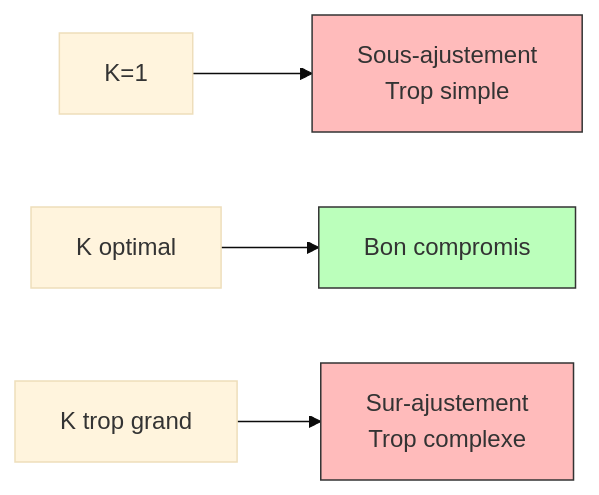
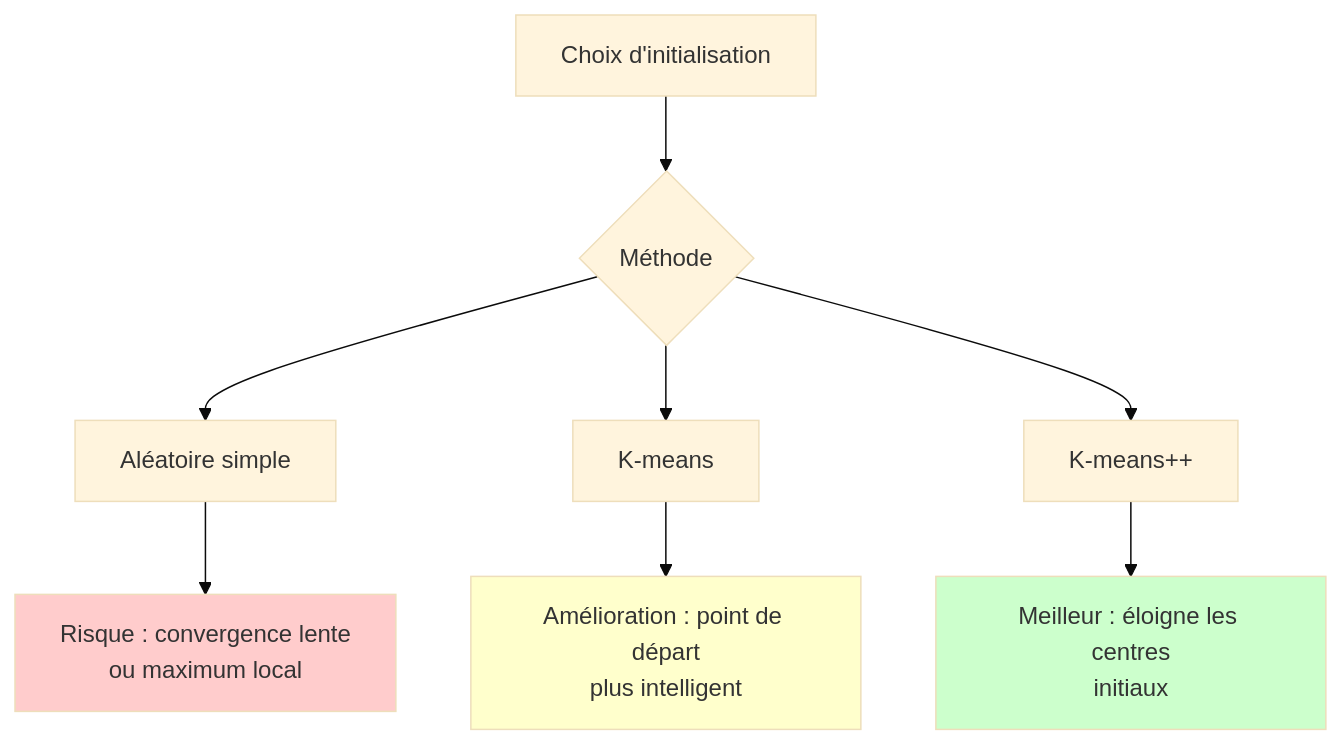
The third of 4 diagrams in fr/ds6s1.qmd (Arkanthara/data_science), drawn with Mermaid (base theme) before and after one commit. The commit also changed other lines of this file and 12 other files, not shown here.

````diff
--- a/fr/ds6s1.qmd
+++ b/fr/ds6s1.qmd
@@ -155,10 +94,15 @@
 ```{mermaid}
-graph LR
-    A[K=1] --> B[Sous-ajustement<br/>Trop simple]
-    C[K optimal] --> D[Bon compromis]
-    E[K trop grand] --> F[Sur-ajustement<br/>Trop complexe]
+flowchart TD
+    A[Choix d'initialisation] --> B{Méthode}
+    B --> C[Aléatoire simple]
+    B --> D[K-means]
+    B --> E[K-means++]
     
-    style B fill:#fbb,stroke:#333
-    style D fill:#bfb,stroke:#333
-    style F fill:#fbb,stroke:#333
+    C --> F[Risque : convergence lente<br/>ou maximum local]
+    D --> G[Amélioration : point de départ<br/>plus intelligent]
+    E --> H[Meilleur : éloigne les centres<br/>initiaux]
+    
+    style F fill:#ffcccc
+    style G fill:#ffffcc
+    style H fill:#ccffcc
 ```
````
